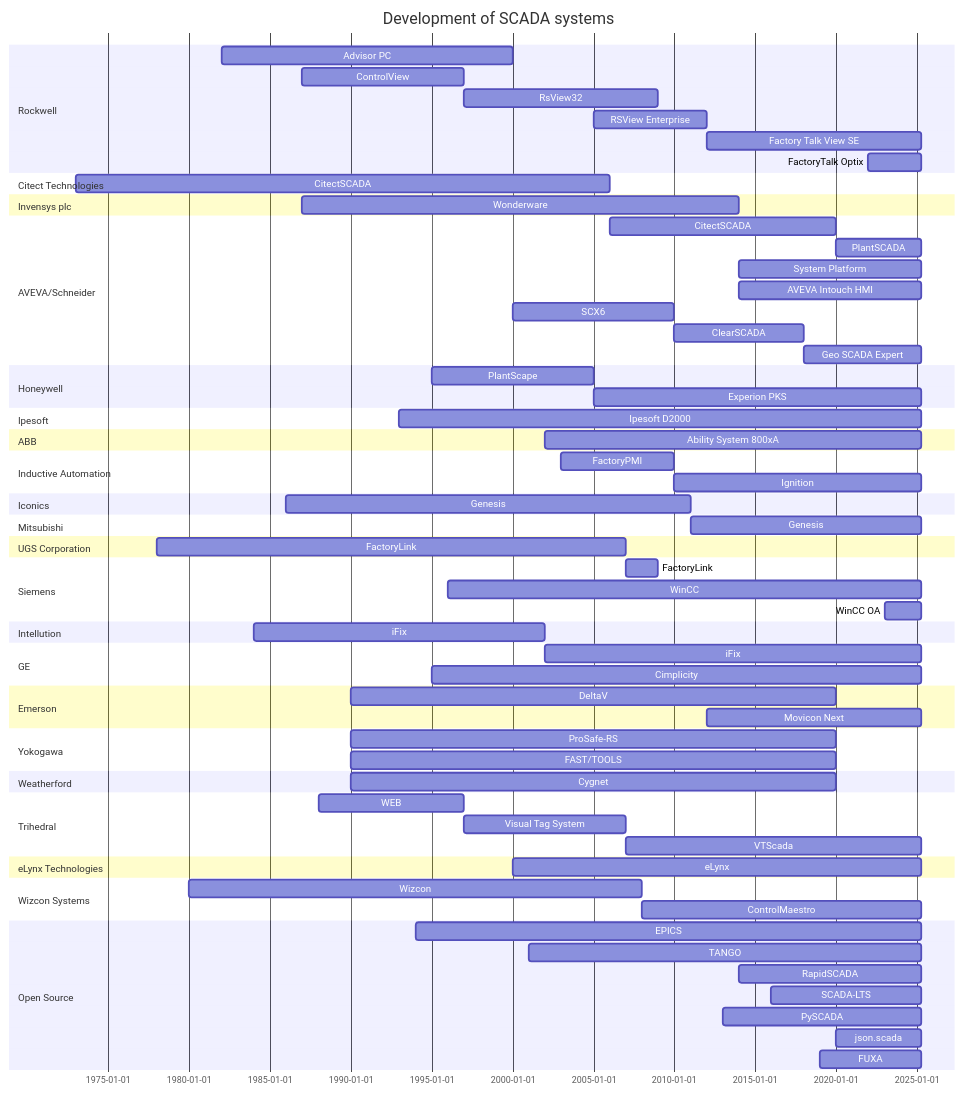
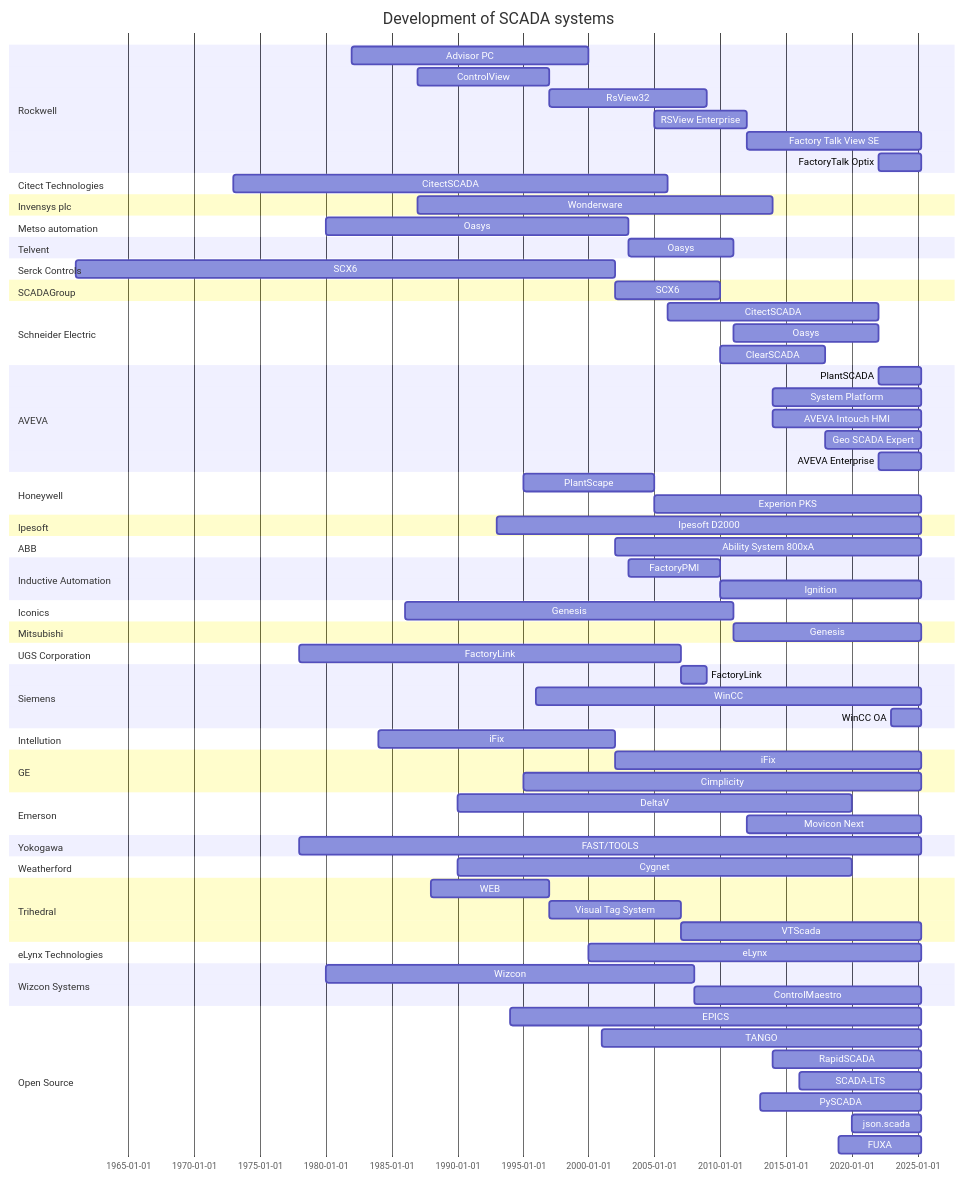
One commit to hutcheb/scada-timeline changed the diagram in README.md. Above: the diagram before and after it, drawn with Mermaid.

Commit message:
feat: Add SE a split up clearscada

```diff
--- a/README.md
+++ b/README.md
@@ -20,16 +20,32 @@
     section Invensys plc
         %%(https://en.wikipedia.org/wiki/Wonderware)
         Wonderware :s2, 1987, 2014
-    section AVEVA/Schneider
-        CitectSCADA :after c1, 2020
-        PlantSCADA :until 2025
+    section Metso automation
+        %%(http://ains.etf.rs/Telvent.pdf)
+        %%(No Start Date)
+        Oasys :oasys, 1980, 2003
+    section Telvent
+        %%(https://www.reddit.com/r/SCADA/comments/1jwldin/development_of_scada_systems/)
+        Oasys :oasys_telvent, after oasys, 2011
+    section Serck Controls
+        %(https://www.se.com/uk/en/about-us/company-profile/brands/serck-controls.jsp)
+        SCX6 : scx6_serck, 1961, 2002
+    section SCADAGroup
+        %(https://www.se.com/uk/en/about-us/company-profile/brands/serck-controls.jsp)
+        SCX6 : scx6, after scx6_serck, 2010
+    section Schneider Electric
+        CitectSCADA : se_citect, after c1, 2022
+        Oasys :oasys_se, after oasys_telvent, 2022
+        ClearSCADA :clearscada, after scx6, 2018
+    section AVEVA
+        PlantSCADA : after se_citect, until 2025
         System Platform :after s2, until 2025
         %%(Don't have dates for Intouch)
         AVEVA Intouch HMI :after s2, until 2025
         %%(https://github.com/hutcheb/scada-timeline/issues/1)
-        SCX6 : scx6, 2000, 2010
-        ClearSCADA :clearscada, after scx6, 2018
+        
         Geo SCADA Expert : after clearscada, until 2025
+        AVEVA Enterprise : after oasys_se, until 2025
     section Honeywell
         %%(Estimates)
         PlantScape :plantscape, 1995, 2005
@@ -71,9 +87,8 @@
         %%(Estimate)
         Movicon Next : 2012, until 2025
     section Yokogawa 
-        %%(No idea)
-        ProSafe-RS: : 1990, 30y
-        FAST/TOOLS : 1990, 30y
+        %%(https://www.yokogawa.com/au/solutions/products-and-services/lifecycle-services/scada-as-a-service/)
+        FAST/TOOLS : 1978, until 2025
     section Weatherford
         %%(https://www.weatherford.com/products-and-services/production-and-intervention/production-4-0/iot-scada-platform/)
         %%(No idea)
```
